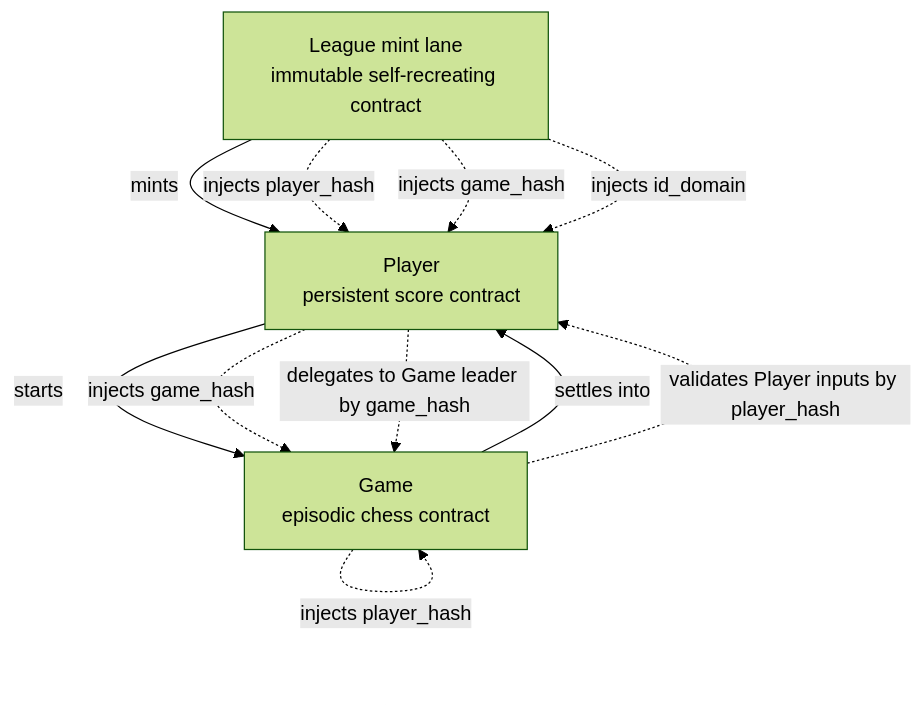
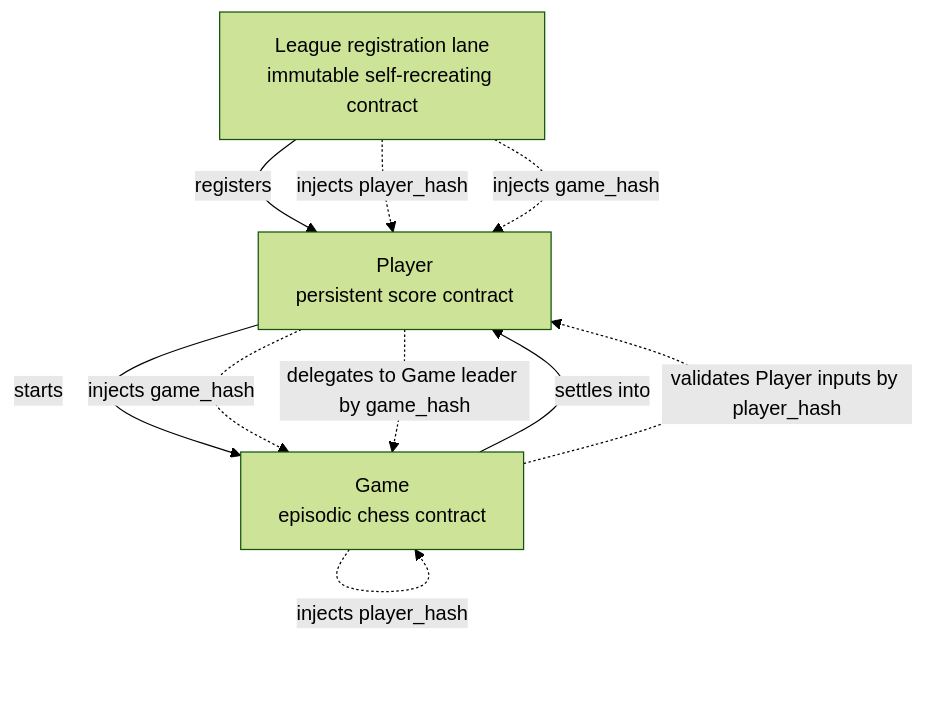
Before and after one commit to michaelsutton/silverscript: the first of 2 diagrams in examples/chess/book/src/dependencies.md, drawn with Mermaid (forest theme). The commit also changed other lines of this file and 3 other files, not shown here.

Commit message:
add league-backed player registration sketch

````diff
--- a/examples/chess/book/src/dependencies.md
+++ b/examples/chess/book/src/dependencies.md
@@ -5,20 +5,19 @@
 ```mermaid
 flowchart TD
-    L[League mint lane<br/>immutable self-recreating contract]
+    L[League registration lane<br/>immutable self-recreating contract]
     P[Player<br/>persistent score contract]
     G[Game<br/>episodic chess contract]
 
-    L -- mints --> P
+    L -- registers --> P
     P -- starts --> G
     G -- settles into --> P
 
     L -. injects player_hash .-> P
     L -. injects game_hash .-> P
-    L -. injects id_domain .-> P
 
     P -. injects game_hash .-> G
     G -. injects player_hash .-> G
 
     G -. validates Player inputs by player_hash .-> P
     P -. delegates to Game leader by game_hash .-> G
 ```
````
